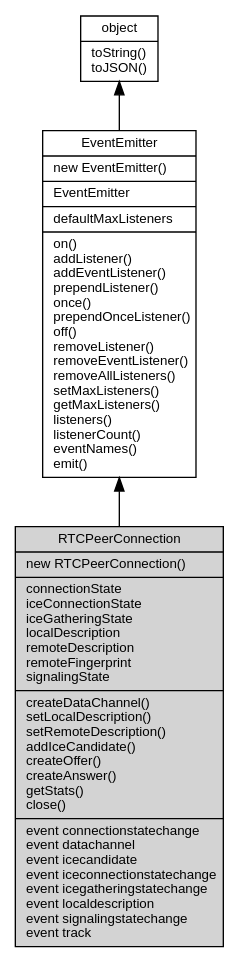
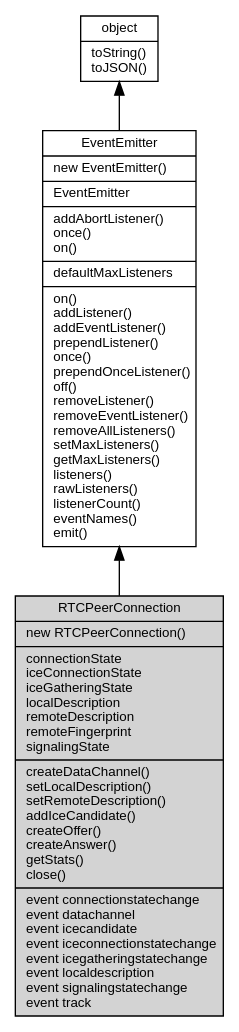
One commit to fibjs/fibjs.org changed the diagram in docs/manual/object/ifs/RTCPeerConnection.md. Above: the diagram before and after it, drawn with Graphviz. The commit also changed other lines of this file and 148 other files, not shown here.

First line of the commit message:
feat: add ZlibCodec documentation and update object graph

````diff
--- a/docs/manual/object/ifs/RTCPeerConnection.md
+++ b/docs/manual/object/ifs/RTCPeerConnection.md
@@ -14,12 +14,12 @@
 ```dot
 digraph {
     node [fontname="Helvetica,sans-Serif", fontsize=10, shape="record", style="filled", fillcolor="white"];
 
     object [tooltip="object", URL="object.md", label="{object|toString()\ltoJSON()\l}"];
-    EventEmitter [tooltip="EventEmitter", URL="EventEmitter.md", label="{EventEmitter|new EventEmitter()\l|EventEmitter\l|defaultMaxListeners\l|on()\laddListener()\laddEventListener()\lprependListener()\lonce()\lprependOnceListener()\loff()\lremoveListener()\lremoveEventListener()\lremoveAllListeners()\lsetMaxListeners()\lgetMaxListeners()\llisteners()\llistenerCount()\leventNames()\lemit()\l}"];
+    EventEmitter [tooltip="EventEmitter", URL="EventEmitter.md", label="{EventEmitter|new EventEmitter()\l|EventEmitter\l|addAbortListener()\lonce()\lon()\l|defaultMaxListeners\l|on()\laddListener()\laddEventListener()\lprependListener()\lonce()\lprependOnceListener()\loff()\lremoveListener()\lremoveEventListener()\lremoveAllListeners()\lsetMaxListeners()\lgetMaxListeners()\llisteners()\lrawListeners()\llistenerCount()\leventNames()\lemit()\l}"];
     RTCPeerConnection [tooltip="RTCPeerConnection", fillcolor="lightgray", id="me", label="{RTCPeerConnection|new RTCPeerConnection()\l|connectionState\liceConnectionState\liceGatheringState\llocalDescription\lremoteDescription\lremoteFingerprint\lsignalingState\l|createDataChannel()\lsetLocalDescription()\lsetRemoteDescription()\laddIceCandidate()\lcreateOffer()\lcreateAnswer()\lgetStats()\lclose()\l|event connectionstatechange\levent datachannel\levent icecandidate\levent iceconnectionstatechange\levent icegatheringstatechange\levent localdescription\levent signalingstatechange\levent track\l}"];
 
     object -> EventEmitter [dir=back];
     EventEmitter -> RTCPeerConnection [dir=back];
 }
 ```
````
